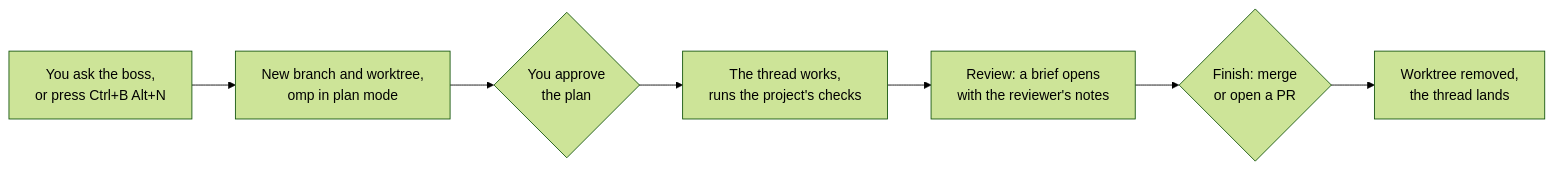
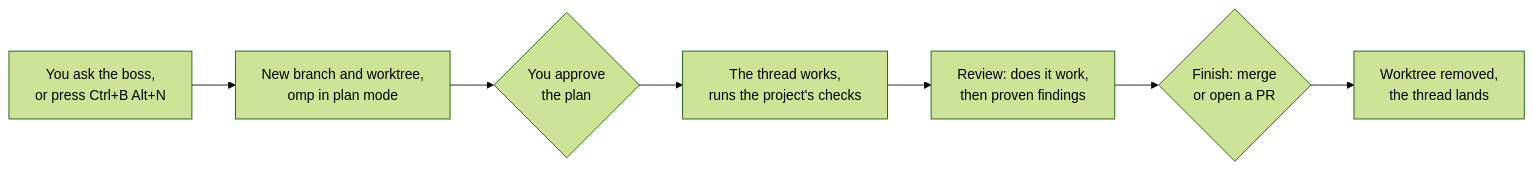
The diagram in README.md (zhivko-kocev/jocasta), drawn with Mermaid (forest theme) before and after one commit. The commit also changed other lines of this file and 27 other files, not shown here.

````diff
--- a/README.md
+++ b/README.md
@@ -13,9 +53,9 @@
 ```mermaid
 flowchart LR
   A[You ask the boss,<br/>or press Ctrl+B Alt+N] --> B[New branch and worktree,<br/>omp in plan mode]
   B --> C{You approve<br/>the plan}
   C --> D[The thread works,<br/>runs the project's checks]
-  D --> E[Review: a brief opens<br/>with the reviewer's notes]
+  D --> E[Review: does it work,<br/>then proven findings]
   E --> F{Finish: merge<br/>or open a PR}
   F --> G[Worktree removed,<br/>the thread lands]
 ```
````
